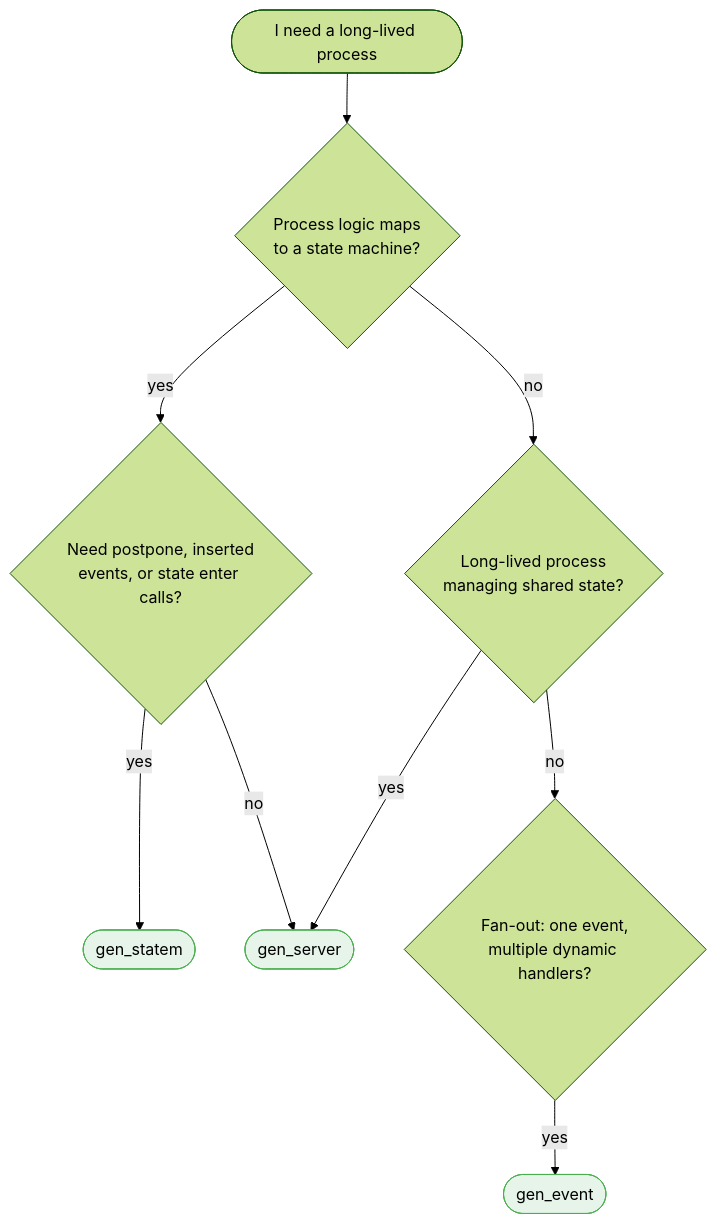
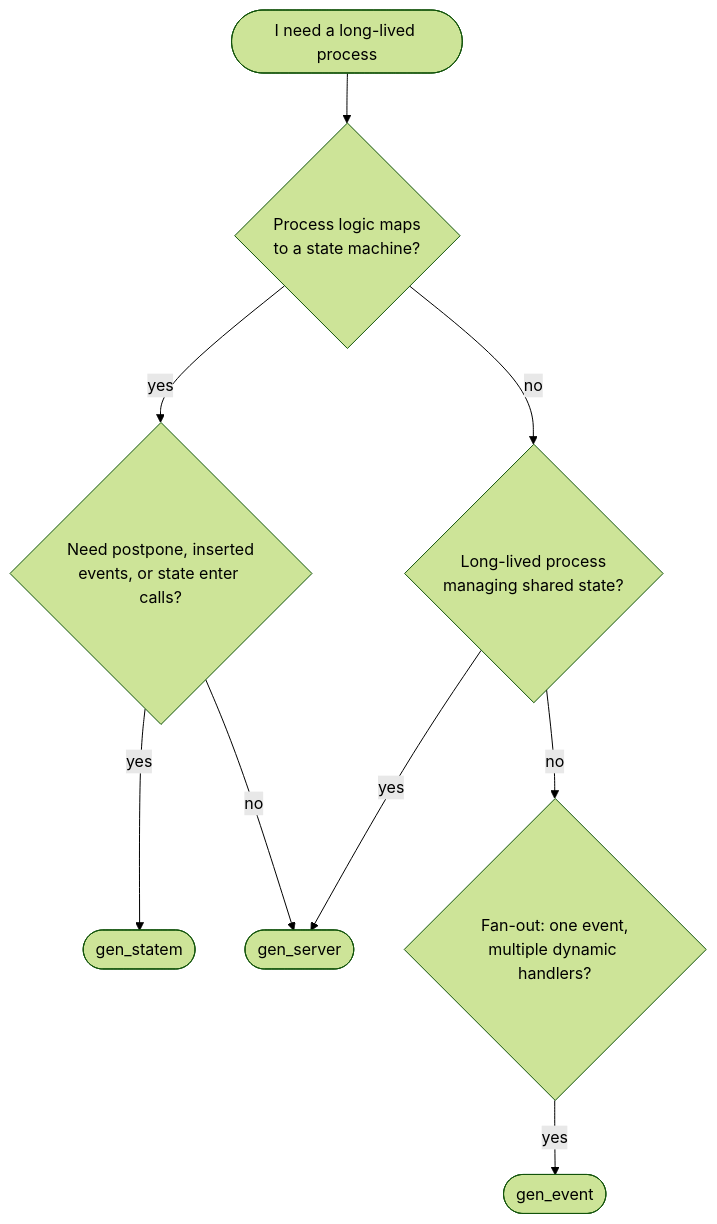
Before and after one commit to bchassoul/notes: the seventh of 14 diagrams in docs/notes/otp.md, drawn with Mermaid (forest theme). The commit also changed other lines of this file and 9 other files, not shown here.

Commit message:
Add diagrams and visual improvements across all notes

````diff
--- a/docs/notes/otp.md
+++ b/docs/notes/otp.md
@@ -635,26 +678,23 @@
 ```mermaid
 flowchart TD
     START(["I need a long-lived process"])
 
     Q1{"Process logic maps\nto a state machine?"}
     Q1B{"Need postpone, inserted\nevents, or state enter calls?"}
     Q2{"Long-lived process\nmanaging shared state?"}
     Q3{"Fan-out: one event,\nmultiple dynamic handlers?"}
 
     GS(["gen_server"])
     GSM(["gen_statem"])
     GE(["gen_event"])
 
     START --> Q1
     Q1 -->|yes| Q1B
     Q1B -->|yes| GSM
     Q1B -->|no| GS
     Q1 -->|no| Q2
     Q2 -->|yes| GS
     Q2 -->|no| Q3
     Q3 -->|yes| GE
 
-    style GS   fill:#e6f4ea,stroke:#4caf50,color:#000
-    style GSM  fill:#e6f4ea,stroke:#4caf50,color:#000
-    style GE   fill:#e6f4ea,stroke:#4caf50,color:#000
 ```
````
